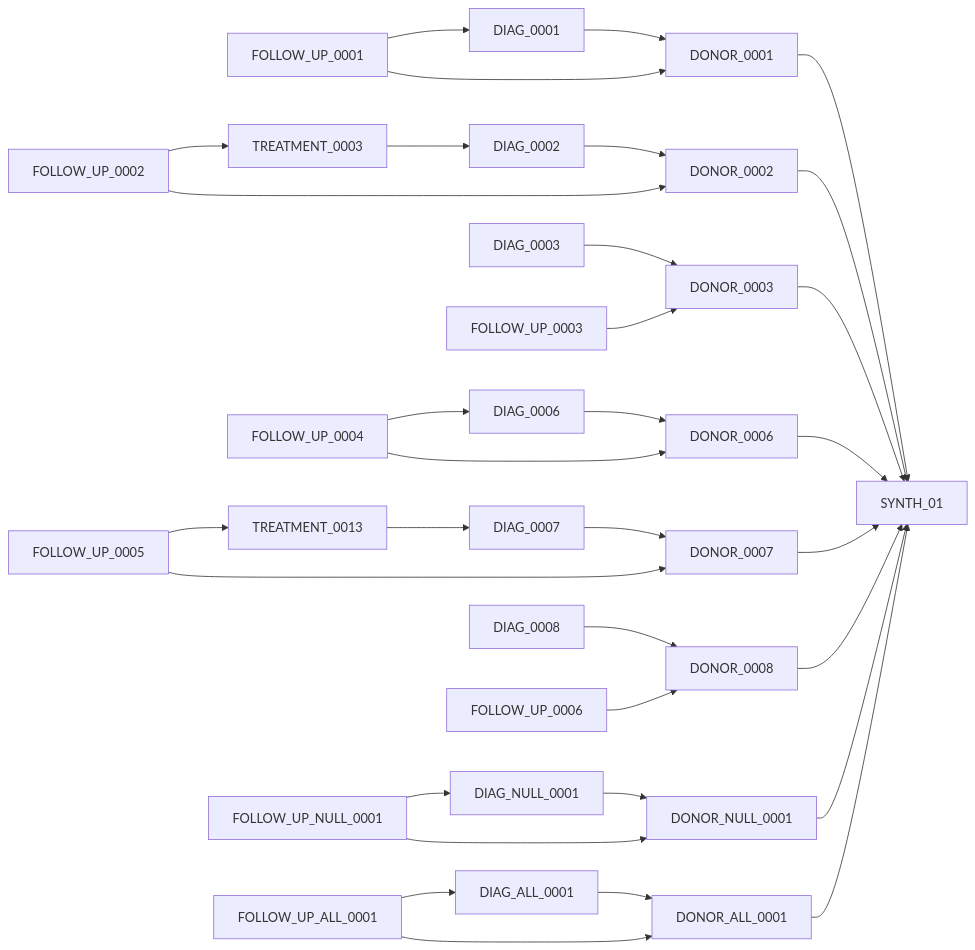
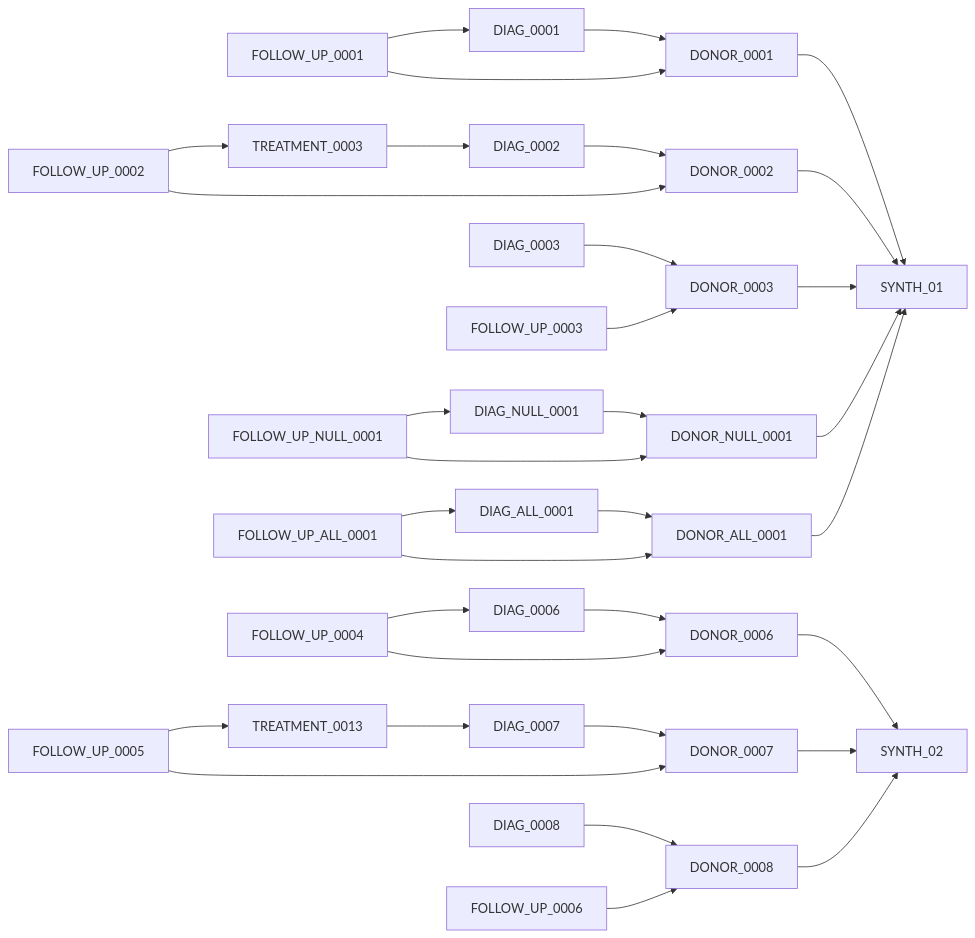
Before and after one commit to CanDIG/katsu: the eighth of 9 diagrams in chord_metadata_service/mohpackets/data/extra_small_dataset/README.md, drawn with Mermaid. The commit also changed other lines of this file, not shown here.

````diff
--- a/chord_metadata_service/mohpackets/data/extra_small_dataset/README.md
+++ b/chord_metadata_service/mohpackets/data/extra_small_dataset/README.md
@@ -116,29 +113,29 @@
 ```mermaid
 graph LR;  
   DIAG_0001 --> DONOR_0001 --> SYNTH_01;
   DIAG_0002 --> DONOR_0002 --> SYNTH_01;
   DIAG_0003 --> DONOR_0003 --> SYNTH_01;
   FOLLOW_UP_0001 --> DONOR_0001;
   FOLLOW_UP_0001 --> DIAG_0001;
   FOLLOW_UP_0002 --> DONOR_0002;
   FOLLOW_UP_0002 --> TREATMENT_0003 --> DIAG_0002;
   FOLLOW_UP_0003 --> DONOR_0003;
   
-  DIAG_0006 --> DONOR_0006 --> SYNTH_01;
-  DIAG_0007 --> DONOR_0007 --> SYNTH_01;
-  DIAG_0008 --> DONOR_0008 --> SYNTH_01;
+  DIAG_0006 --> DONOR_0006 --> SYNTH_02;
+  DIAG_0007 --> DONOR_0007 --> SYNTH_02;
+  DIAG_0008 --> DONOR_0008 --> SYNTH_02;
   FOLLOW_UP_0004 --> DONOR_0006;
   FOLLOW_UP_0004 --> DIAG_0006;
   FOLLOW_UP_0005 --> TREATMENT_0013 --> DIAG_0007;
   FOLLOW_UP_0005 --> DONOR_0007;
   FOLLOW_UP_0006 --> DONOR_0008;
   
   DIAG_NULL_0001 --> DONOR_NULL_0001 --> SYNTH_01;
   DIAG_ALL_0001 --> DONOR_ALL_0001 --> SYNTH_01;
   FOLLOW_UP_NULL_0001 --> DONOR_NULL_0001;
   FOLLOW_UP_NULL_0001 --> DIAG_NULL_0001;
   FOLLOW_UP_ALL_0001 --> DONOR_ALL_0001;
   FOLLOW_UP_ALL_0001 --> DIAG_ALL_0001;
   
   
 ```
````
